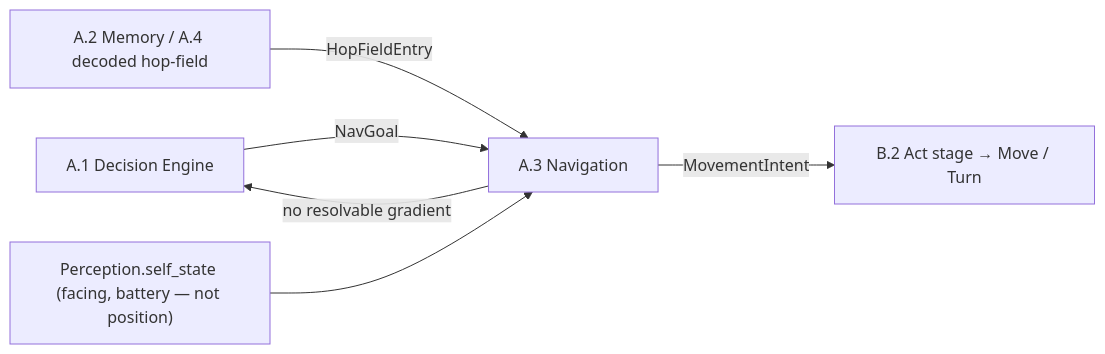
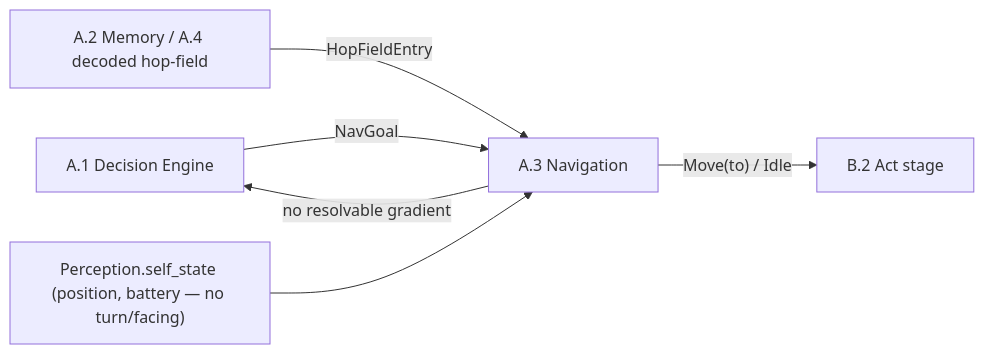
Before and after one commit to TychoGrapendaal/JIP_Swarm_Field: the first of 8 diagrams in docs/navigation-module.md, drawn with Mermaid. The commit also changed other lines of this file and 8 other files, not shown here.

````diff
--- a/docs/navigation-module.md
+++ b/docs/navigation-module.md
@@ -19,8 +19,8 @@
 ```mermaid
 flowchart LR
     A1["A.1 Decision Engine"] -->|"NavGoal"| NAV["A.3 Navigation"]
     MEM["A.2 Memory / A.4 decoded hop-field"] -->|"HopFieldEntry"| NAV
-    SEN["Perception.self_state (facing, battery — not position)"] --> NAV
-    NAV -->|"MovementIntent"| ACT["B.2 Act stage → Move / Turn"]
+    SEN["Perception.self_state (position, battery — no turn/facing)"] --> NAV
+    NAV -->|"Move(to) / Idle"| ACT["B.2 Act stage"]
     NAV -->|"no resolvable gradient"| A1
 ```
````
